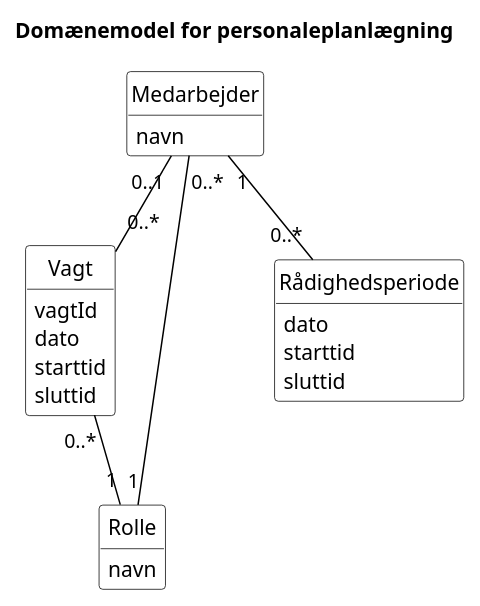
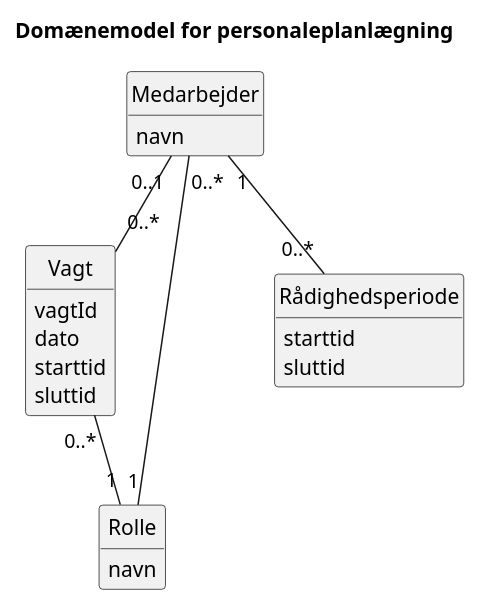
The diagram in domaenemodel.puml (Baileykingaby/HotelFjordblik), drawn with PlantUML before and after one commit. The commit also changed 1 other file, not shown here.

```diff
--- a/domaenemodel.puml
+++ b/domaenemodel.puml
@@ -1,37 +1,32 @@
 @startuml
 title Domænemodel for personaleplanlægning
 hide circle
 hide empty members
 skinparam backgroundColor white
-skinparam classBackgroundColor white
-skinparam classBorderColor black
-skinparam classFontColor black
-skinparam ArrowColor black
 
 class Medarbejder {
     navn
 }
 
 class Vagt {
     vagtId
     dato
     starttid
     sluttid
 }
 
 class Rolle {
     navn
 }
 
 class Rådighedsperiode {
-    dato
     starttid
     sluttid
 }
 
 Medarbejder "0..1" -- "0..*" Vagt 
 Medarbejder "0..*" -- "1" Rolle 
 Vagt "0..*" -- "1" Rolle  
 Medarbejder "1" -- "0..*" Rådighedsperiode 
 
 @enduml
```
